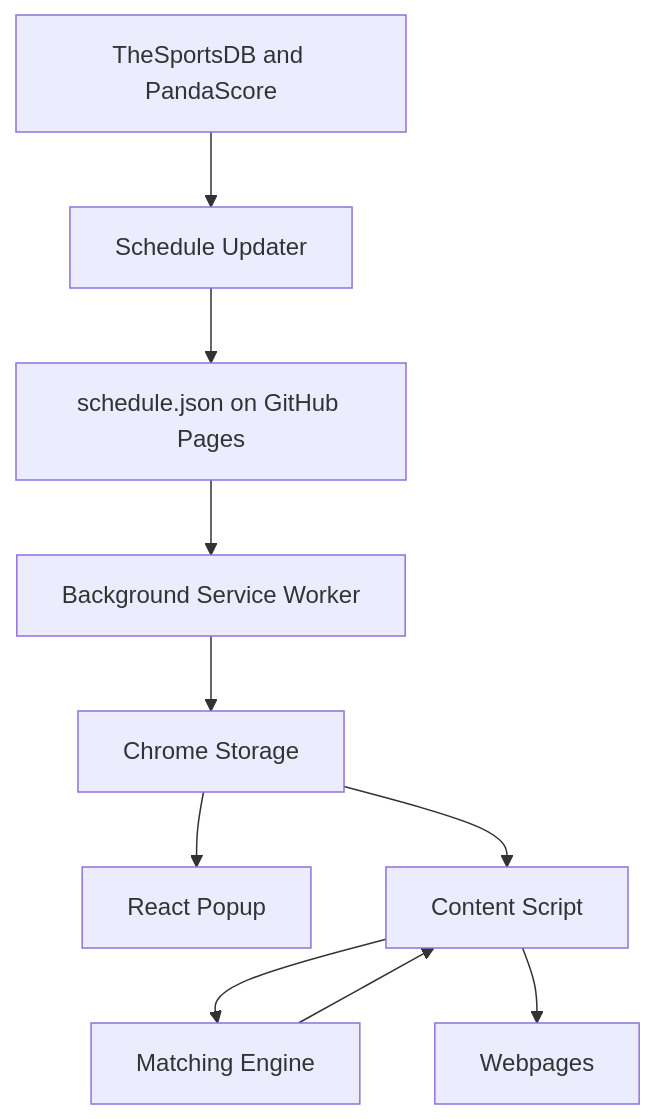
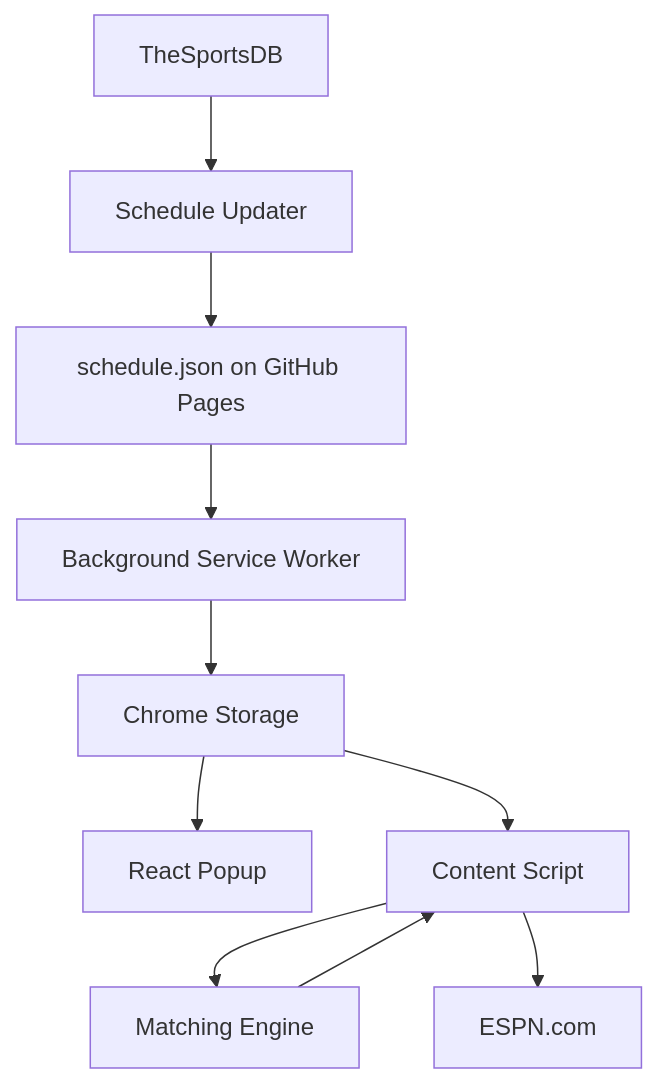
The diagram in documentation/docs/requirements/system-block-diagram.md (cis3296-F26-Applebaum-Nguyen/stopspoiling), drawn with Mermaid before and after one commit. The commit also changed other lines of this file, not shown here.

Commit message:
Update architecture page for NBA + ESPN MVP scope

````diff
--- a/documentation/docs/requirements/system-block-diagram.md
+++ b/documentation/docs/requirements/system-block-diagram.md
@@ -11,12 +13,12 @@
 ```mermaid
 flowchart TD
-    API[TheSportsDB and PandaScore] --> UPDATER[Schedule Updater]
+    API[TheSportsDB] --> UPDATER[Schedule Updater]
     UPDATER --> JSON[schedule.json on GitHub Pages]
     JSON --> WORKER[Background Service Worker]
     WORKER --> STORAGE[Chrome Storage]
     STORAGE --> POPUP[React Popup]
     STORAGE --> CONTENT[Content Script]
     CONTENT --> ENGINE[Matching Engine]
     ENGINE --> CONTENT
-    CONTENT --> WEB[Webpages]
+    CONTENT --> WEB[ESPN.com]
 ```
````
